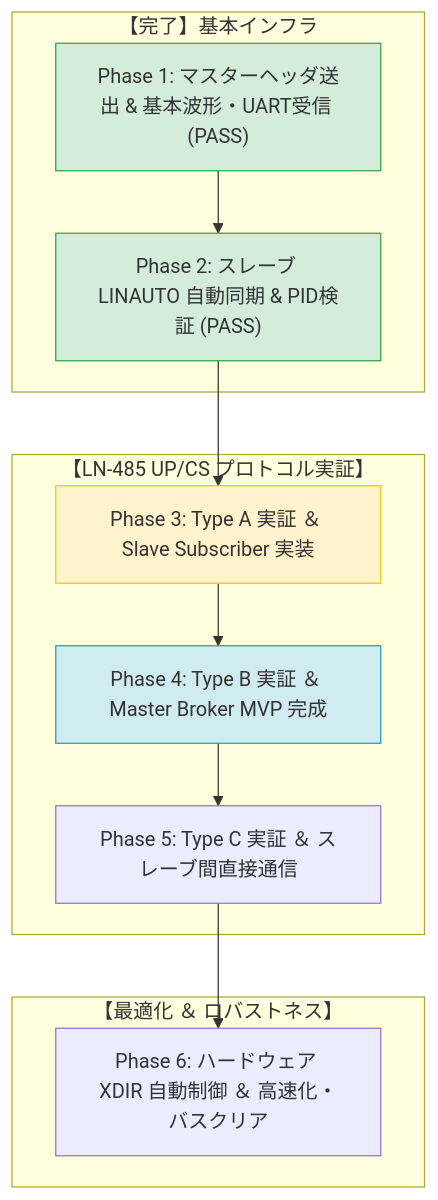
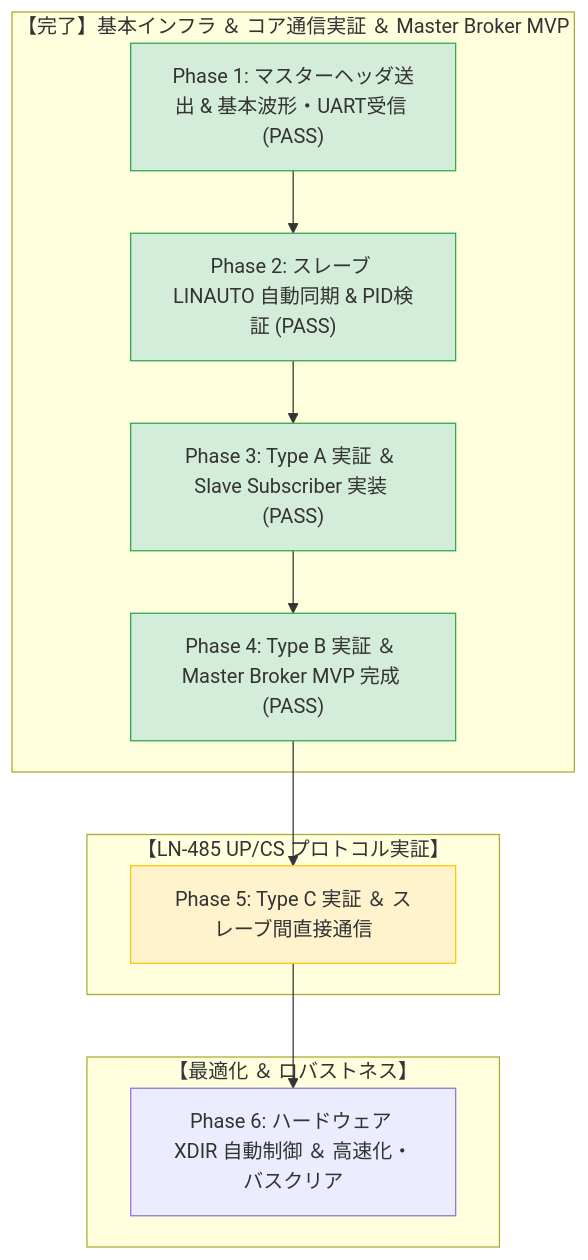
One commit to Masafuro/ADX changed the second of 2 diagrams in firmware/tests/ADX_Core-D/LIN_test/REPORT/LN-485_STEP_BY_STEP_TEST_PLAN.md. Above: the diagram before and after it, drawn with Mermaid. The commit also changed other lines of this file and 12 other files, not shown here.

````diff
--- a/firmware/tests/ADX_Core-D/LIN_test/REPORT/LN-485_STEP_BY_STEP_TEST_PLAN.md
+++ b/firmware/tests/ADX_Core-D/LIN_test/REPORT/LN-485_STEP_BY_STEP_TEST_PLAN.md
@@ -79,27 +79,28 @@
 ```mermaid
 flowchart TD
-    subgraph 完了 ["【完了】基本インフラ"]
+    subgraph 完了 ["【完了】基本インフラ ＆ コア通信実証 ＆ Master Broker MVP"]
         P1["Phase 1: マスターヘッダ送出 & 基本波形・UART受信 (PASS)"]
         P2["Phase 2: スレーブ LINAUTO 自動同期 & PID検証 (PASS)"]
+        P3["Phase 3: Type A 実証 ＆ Slave Subscriber 実装 (PASS)"]
+        P4["Phase 4: Type B 実証 ＆ Master Broker MVP 完成 (PASS)"]
         P1 --> P2
+        P2 --> P3
+        P3 --> P4
     end
 
     subgraph コア ["【LN-485 UP/CS プロトコル実証】"]
-        P3["Phase 3: Type A 実証 ＆ Slave Subscriber 実装"]
-        P4["Phase 4: Type B 実証 ＆ Master Broker MVP 完成"]
         P5["Phase 5: Type C 実証 ＆ スレーブ間直接通信"]
-        P2 --> P3
-        P3 --> P4
         P4 --> P5
     end
 
     subgraph 拡張 ["【最適化 ＆ ロバストネス】"]
         P6["Phase 6: ハードウェア XDIR 自動制御 ＆ 高速化・バスクリア"]
         P5 --> P6
     end
 
     style P1 fill:#d4edda,stroke:#28a745
     style P2 fill:#d4edda,stroke:#28a745
-    style P3 fill:#fff3cd,stroke:#ffc107
-    style P4 fill:#d1ecf1,stroke:#17a2b8
+    style P3 fill:#d4edda,stroke:#28a745
+    style P4 fill:#d4edda,stroke:#28a745
+    style P5 fill:#fff3cd,stroke:#ffc107
 ```
````
